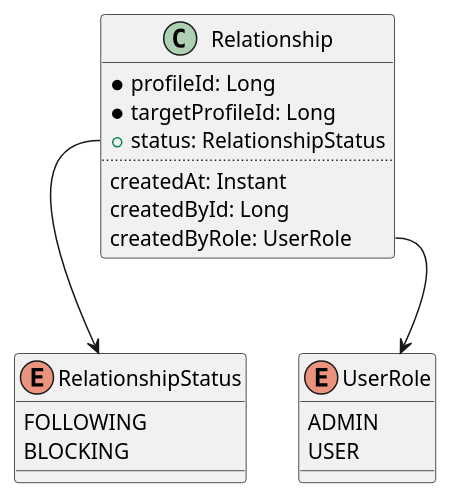
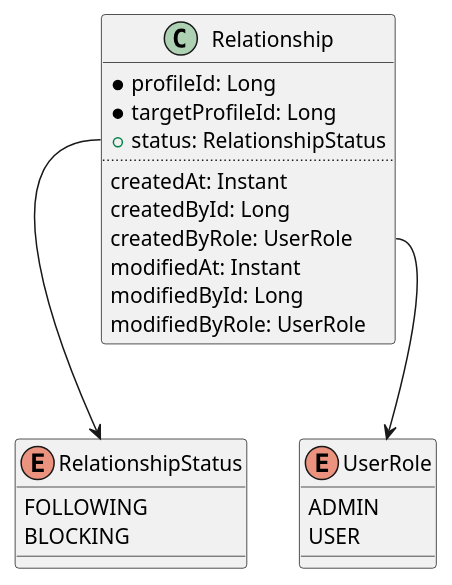
One commit to sweav-org/sweav-uml changed the diagram in class/social/relationship.puml. Above: the diagram before and after it, drawn with PlantUML. The commit also changed 4 other files, not shown here.

Commit message:
카카오 로그인 시퀀스 다이어그램 추가

```diff
--- a/class/social/relationship.puml
+++ b/class/social/relationship.puml
@@ -1,35 +1,38 @@
 @startuml
 'https://plantuml.com/class-diagram
 
 class Relationship {
   *profileId: Long
   *targetProfileId: Long
   +status: RelationshipStatus
   ..
   createdAt: Instant
   createdById: Long
   createdByRole: UserRole
+  modifiedAt: Instant
+  modifiedById: Long
+  modifiedByRole: UserRole
 }
 
 enum RelationshipStatus {
   FOLLOWING
   BLOCKING
 }
 
 enum UserRole {
   ADMIN
   USER
 }
 
 Relationship::status --> RelationshipStatus
 Relationship::createdByRole --> UserRole
 
 note right of Relationship::description
   상태 메시지
 end note
 
 note right of Relationship::imagePath
   프로필 이미지 경로
 end note
 
 @enduml
```
